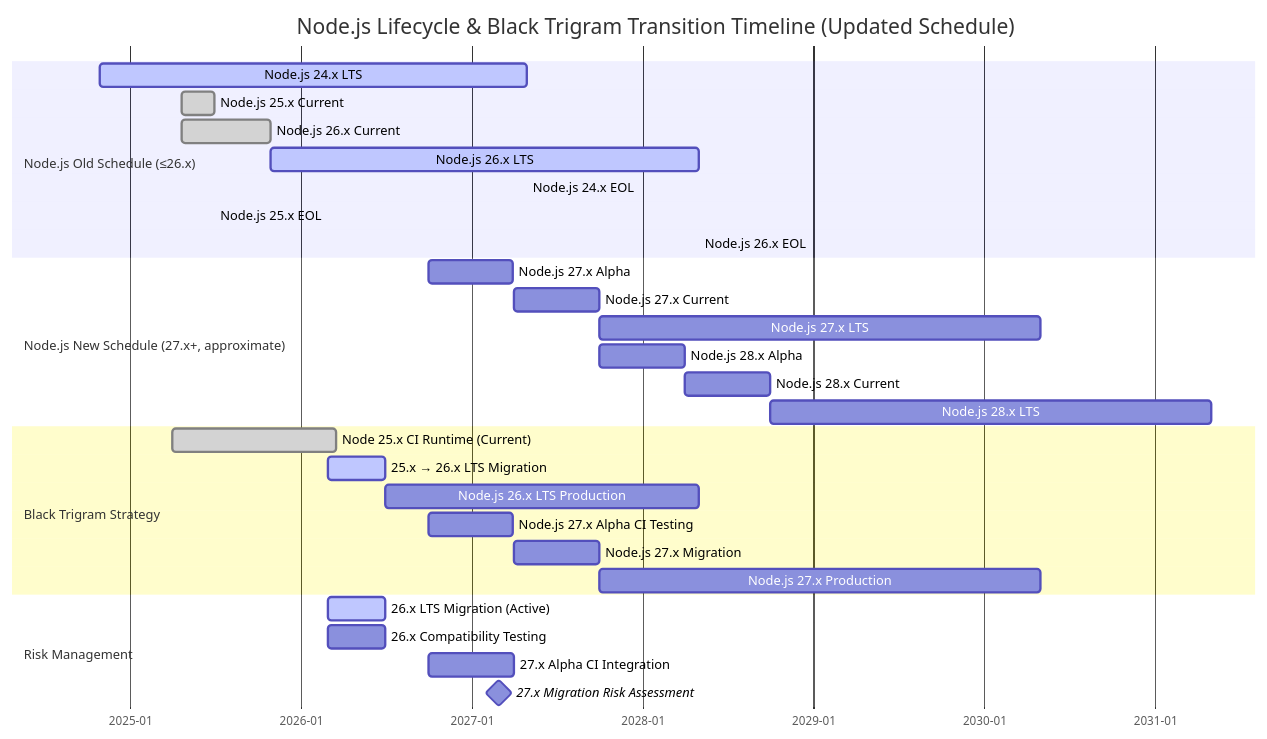
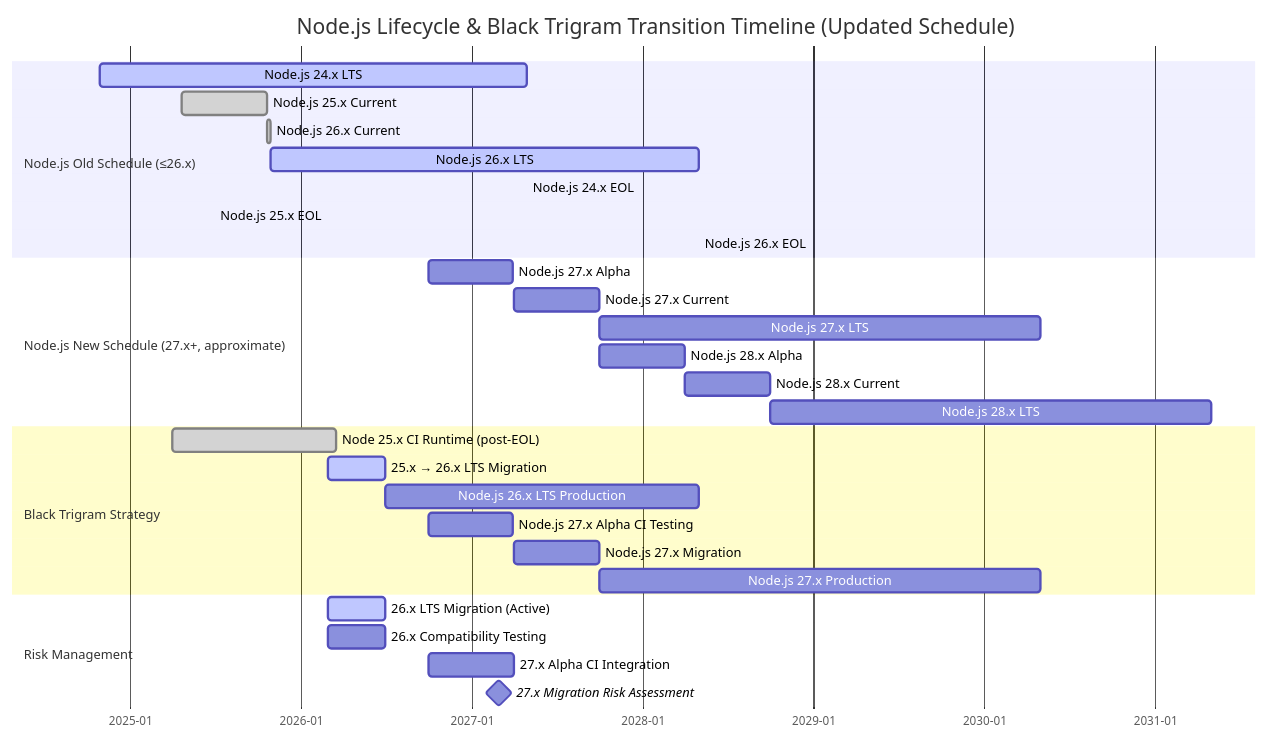
Before and after one commit to Hack23/blacktrigram: the second of 8 diagrams in End-of-Life-Strategy.md, drawn with Mermaid. The commit also changed other lines of this file and 1 other file, not shown here.

Commit message:
docs: fix review feedback — Vite 8.x refs, Node gantt overlaps, testing-agent guidance

````diff
--- a/End-of-Life-Strategy.md
+++ b/End-of-Life-Strategy.md
@@ -175,37 +175,37 @@
 ```mermaid
 gantt
     title Node.js Lifecycle & Black Trigram Transition Timeline (Updated Schedule)
     dateFormat YYYY-MM-DD
     axisFormat %Y-%m
 
     section Node.js Old Schedule (≤26.x)
     Node.js 24.x LTS        :active, node24lts, 2024-10-29, 2027-04-30
-    Node.js 25.x Current     :done, node25c, 2025-04-22, 2025-06-30
-    Node.js 26.x Current     :done, node26c, 2025-04-22, 2025-10-28
+    Node.js 25.x Current     :done, node25c, 2025-04-22, 2025-10-21
+    Node.js 26.x Current     :done, node26c, 2025-10-21, 2025-10-28
     Node.js 26.x LTS         :active, node26lts, 2025-10-28, 2028-04-30
     Node.js 24.x EOL         :crit, node24eol, 2027-04-30, 0d
     Node.js 25.x EOL         :crit, node25eol, 2025-06-30, 0d
     Node.js 26.x EOL         :crit, node26eol, 2028-04-30, 0d
 
     section Node.js New Schedule (27.x+, approximate)
     Node.js 27.x Alpha       :node27a, 2026-10-01, 2027-03-31
     Node.js 27.x Current     :node27c, 2027-04-01, 2027-09-30
     Node.js 27.x LTS         :node27lts, 2027-10-01, 2030-04-30
     Node.js 28.x Alpha       :node28a, 2027-10-01, 2028-03-31
     Node.js 28.x Current     :node28c, 2028-04-01, 2028-09-30
     Node.js 28.x LTS         :node28lts, 2028-10-01, 2031-04-30
 
     section Black Trigram Strategy
-    Node 25.x CI Runtime (Current) :done, bt25prod, 2025-04-01, 2026-03-18
+    Node 25.x CI Runtime (post-EOL) :done, bt25prod, 2025-04-01, 2026-03-18
     25.x → 26.x LTS Migration      :active, bt25mig, 2026-03-01, 2026-06-30
     Node.js 26.x LTS Production     :bt26prod, 2026-06-30, 2028-04-30
     Node.js 27.x Alpha CI Testing   :bt27alpha, 2026-10-01, 2027-03-31
     Node.js 27.x Migration          :bt27mig, 2027-04-01, 2027-09-30
     Node.js 27.x Production         :bt27prod, 2027-10-01, 2030-04-30
 
     section Risk Management
     26.x LTS Migration (Active)      :active, upgrade26, 2026-03-01, 2026-06-30
     26.x Compatibility Testing       :compat26, 2026-03-01, 2026-06-30
     27.x Alpha CI Integration        :alphaci, 2026-10-01, 2027-04-01
     27.x Migration Risk Assessment   :milestone, riskassess27, 2027-03-01, 0d
 ```
````
